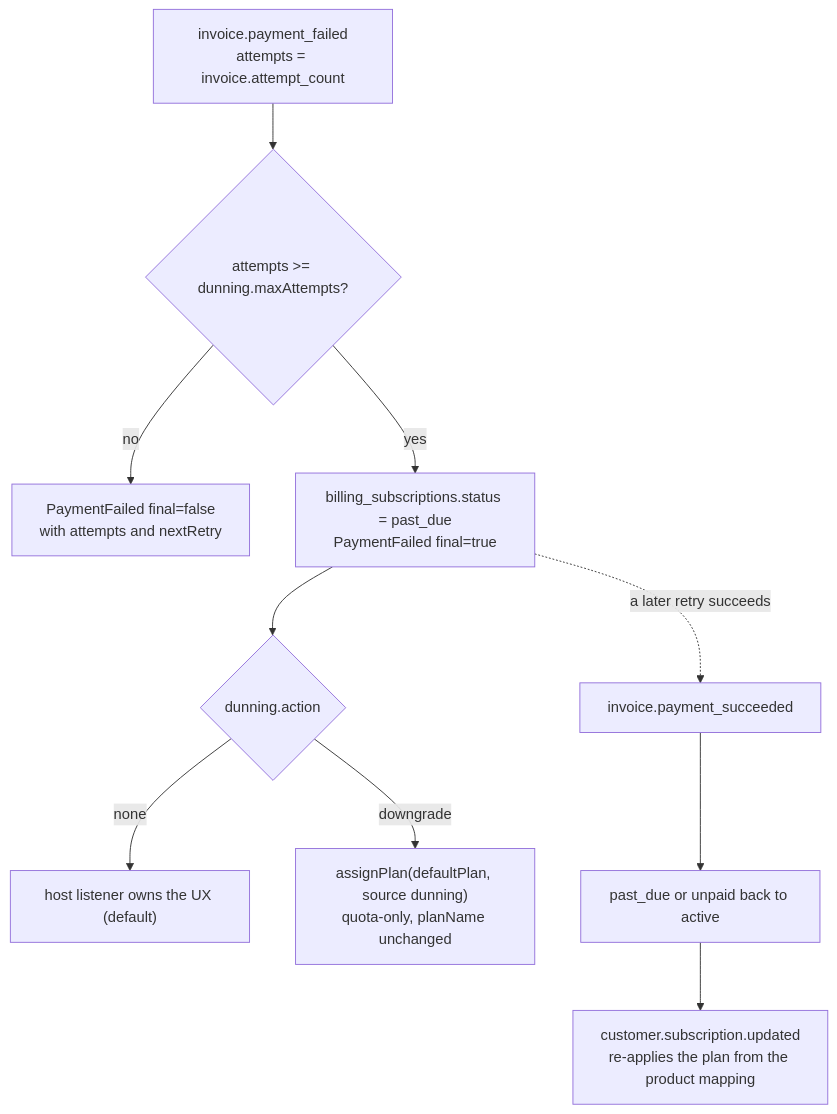
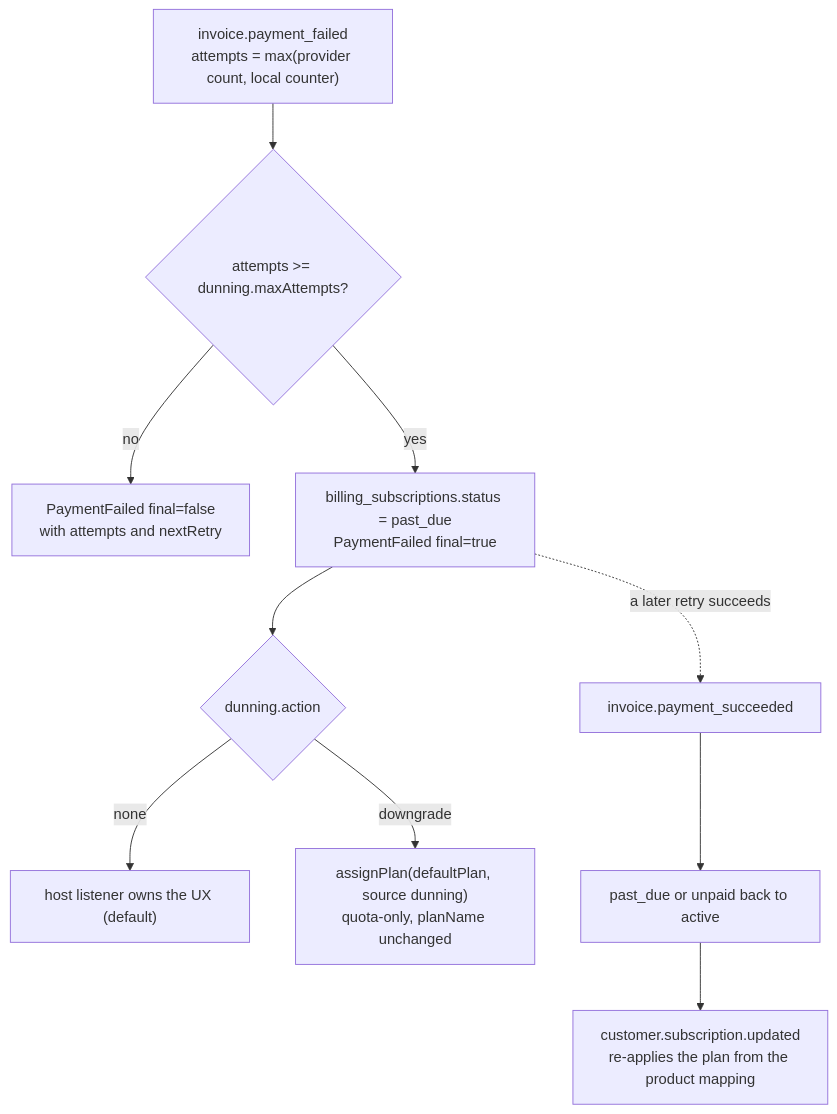
Before and after one commit to Arcoders/Adonisjs-lasagna-saas-tenancy: the second of 2 diagrams in docs/docs/satellites/billing.md, drawn with Mermaid. The commit also changed other lines of this file and 34 other files, not shown here.

First line of the commit message:
feat(billing): harden multi-provider billing — parity emulation, dunning, idempotency

````diff
--- a/docs/docs/satellites/billing.md
+++ b/docs/docs/satellites/billing.md
@@ -318,12 +346,12 @@
 ```mermaid
 flowchart TB
-  F["invoice.payment_failed<br/>attempts = invoice.attempt_count"] --> FIN{"attempts >= dunning.maxAttempts?"}
+  F["invoice.payment_failed<br/>attempts = max(provider count, local counter)"] --> FIN{"attempts >= dunning.maxAttempts?"}
   FIN -->|no| NF["PaymentFailed final=false<br/>with attempts and nextRetry"]
   FIN -->|yes| PD["billing_subscriptions.status = past_due<br/>PaymentFailed final=true"]
   PD --> ACT{"dunning.action"}
   ACT -->|none| HOST["host listener owns the UX (default)"]
   ACT -->|downgrade| DG["assignPlan(defaultPlan, source dunning)<br/>quota-only, planName unchanged"]
   PD -. a later retry succeeds .-> S["invoice.payment_succeeded"]
   S --> REC["past_due or unpaid back to active"]
   REC --> PLAN["customer.subscription.updated<br/>re-applies the plan from the product mapping"]
 ```
````
